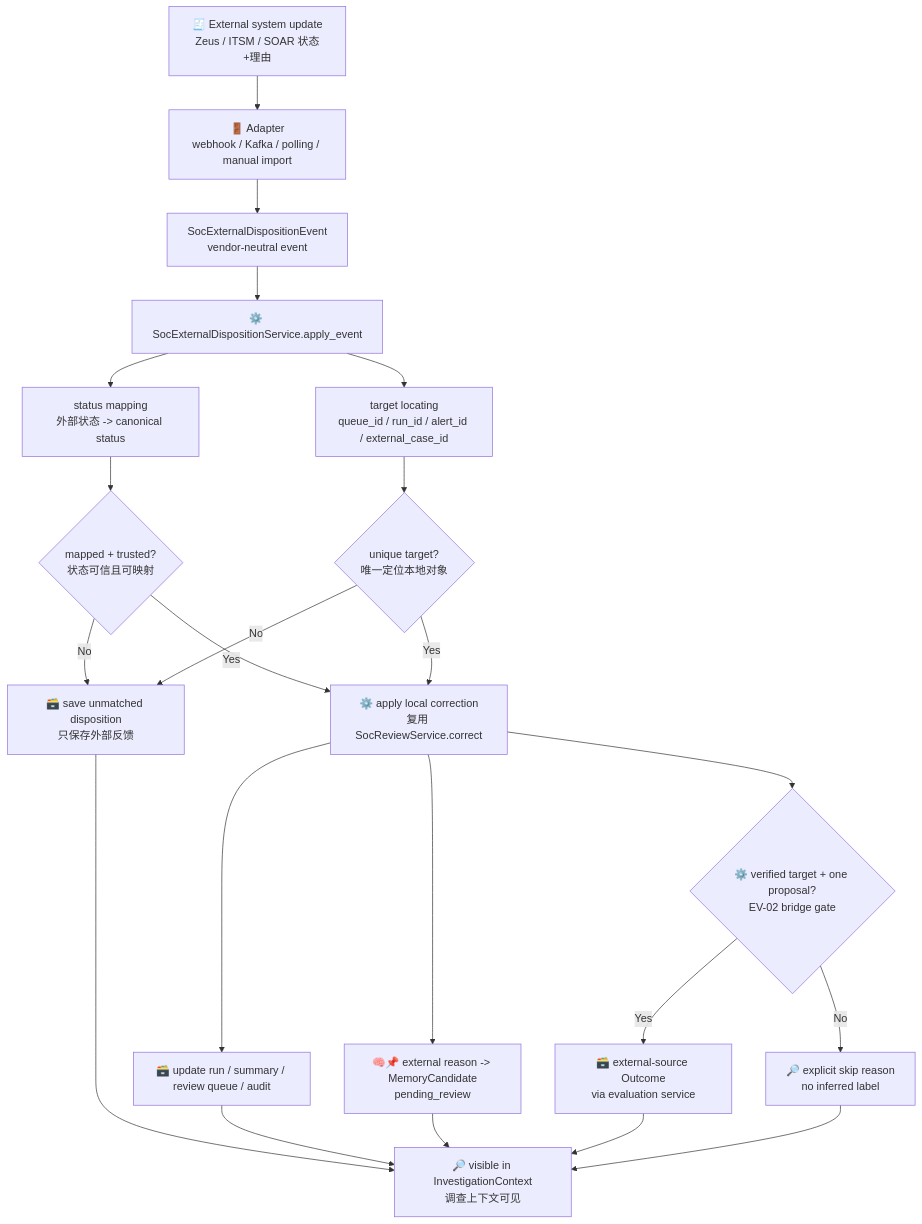
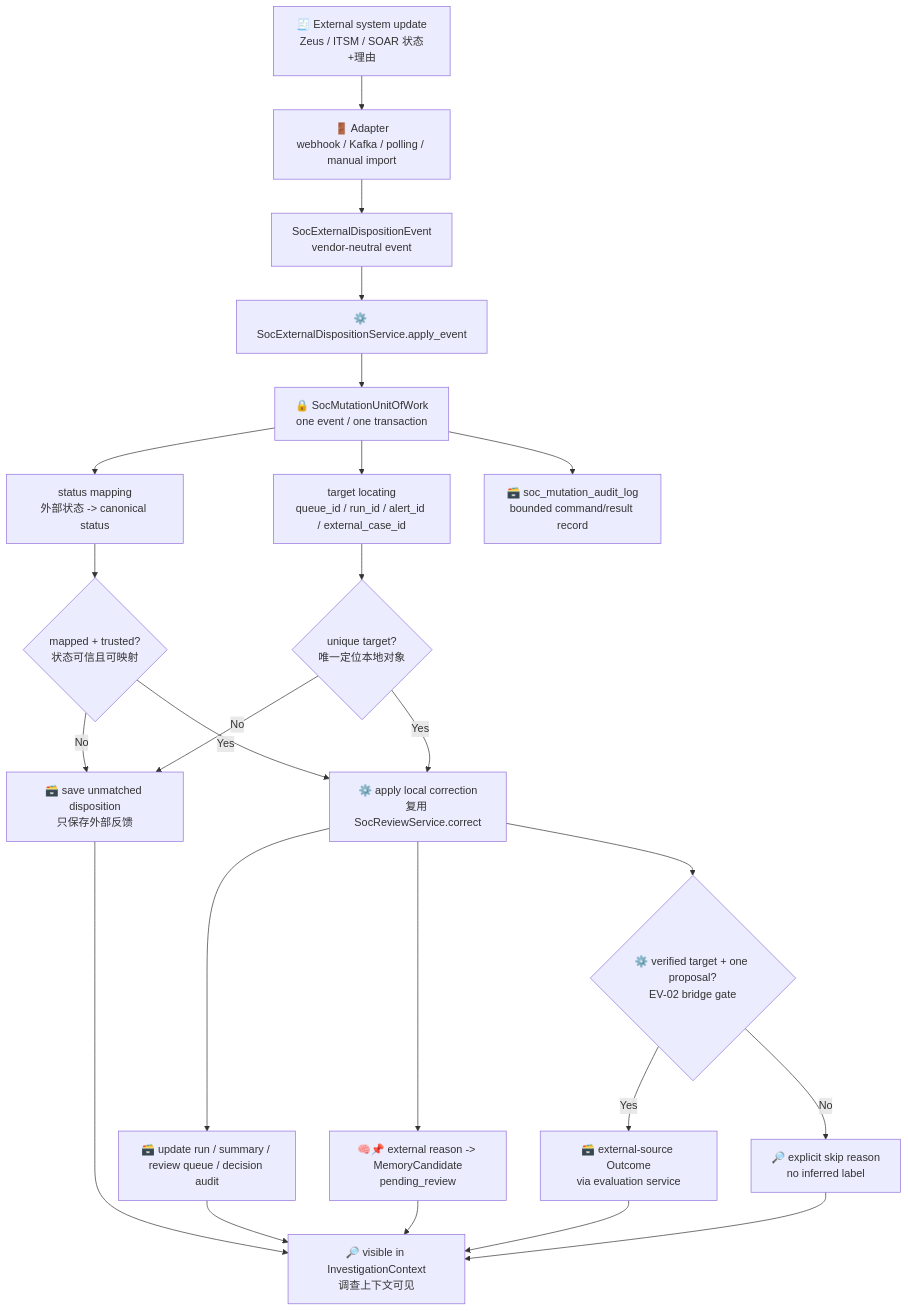
Diagram 12 of 20 in .notes/ai_soc/alert-lifecycle-flow.md (yydspanda/deer-flow), drawn with Mermaid before and after one commit. The commit also changed other lines of this file and 21 other files, not shown here.

````diff
--- a/.notes/ai_soc/alert-lifecycle-flow.md
+++ b/.notes/ai_soc/alert-lifecycle-flow.md
@@ -508,27 +521,29 @@
 ```mermaid
 flowchart TD
     A["🧾 External system update<br/>Zeus / ITSM / SOAR 状态+理由"] --> B["🚪 Adapter<br/>webhook / Kafka / polling / manual import"]
     B --> C["SocExternalDispositionEvent<br/>vendor-neutral event"]
     C --> D["⚙️ SocExternalDispositionService.apply_event"]
-    D --> E["status mapping<br/>外部状态 -> canonical status"]
-    D --> F["target locating<br/>queue_id / run_id / alert_id / external_case_id"]
+    D --> TX["🔒 SocMutationUnitOfWork<br/>one event / one transaction"]
+    TX --> E["status mapping<br/>外部状态 -> canonical status"]
+    TX --> F["target locating<br/>queue_id / run_id / alert_id / external_case_id"]
 
     E --> G{"mapped + trusted?<br/>状态可信且可映射"}
     F --> H{"unique target?<br/>唯一定位本地对象"}
 
     G -->|No| I["🗃️ save unmatched disposition<br/>只保存外部反馈"]
     H -->|No| I
     G -->|Yes| J["⚙️ apply local correction<br/>复用 SocReviewService.correct"]
     H -->|Yes| J
 
-    J --> K["🗃️ update run / summary / review queue / audit"]
+    J --> K["🗃️ update run / summary / review queue / decision audit"]
     J --> L["🧠📌 external reason -> MemoryCandidate<br/>pending_review"]
     J --> N{"⚙️ verified target + one proposal?<br/>EV-02 bridge gate"}
     N -->|Yes| O["🗃️ external-source Outcome<br/>via evaluation service"]
     N -->|No| P["🔎 explicit skip reason<br/>no inferred label"]
+    TX --> A1["🗃️ soc_mutation_audit_log<br/>bounded command/result record"]
     I --> M["🔎 visible in InvestigationContext<br/>调查上下文可见"]
     K --> M
     L --> M
     O --> M
     P --> M
 ```
````
